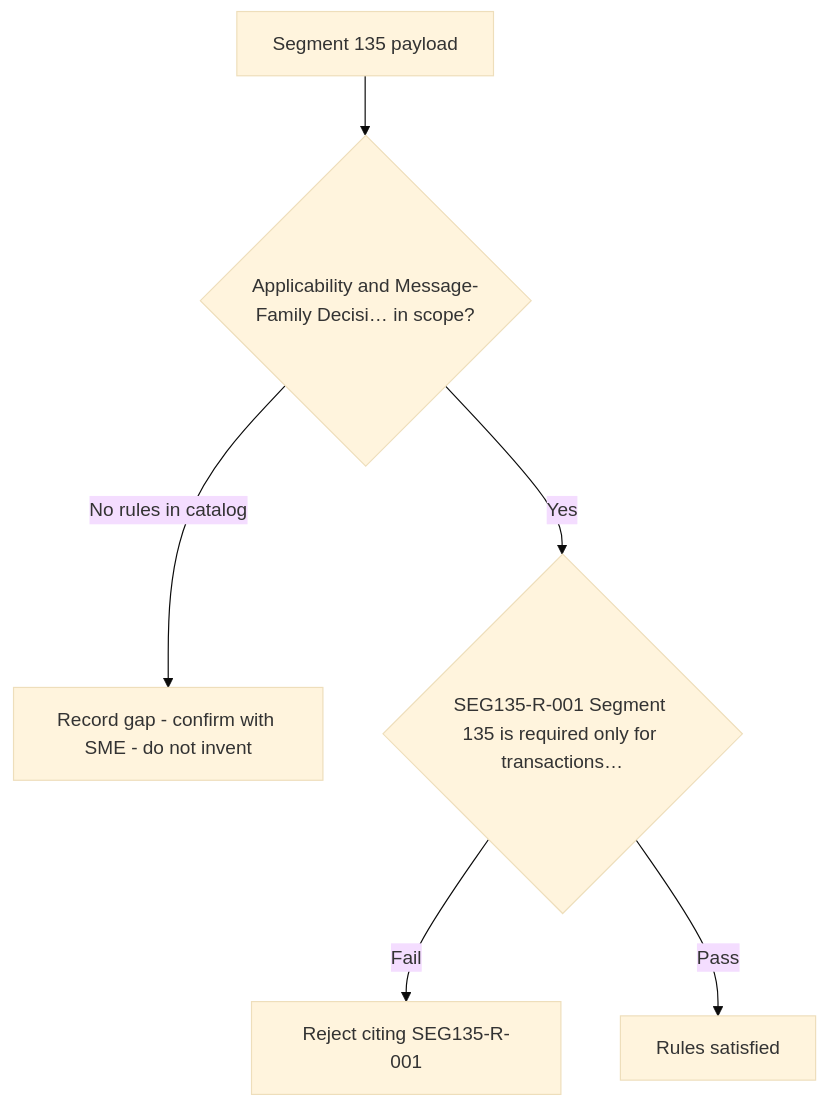
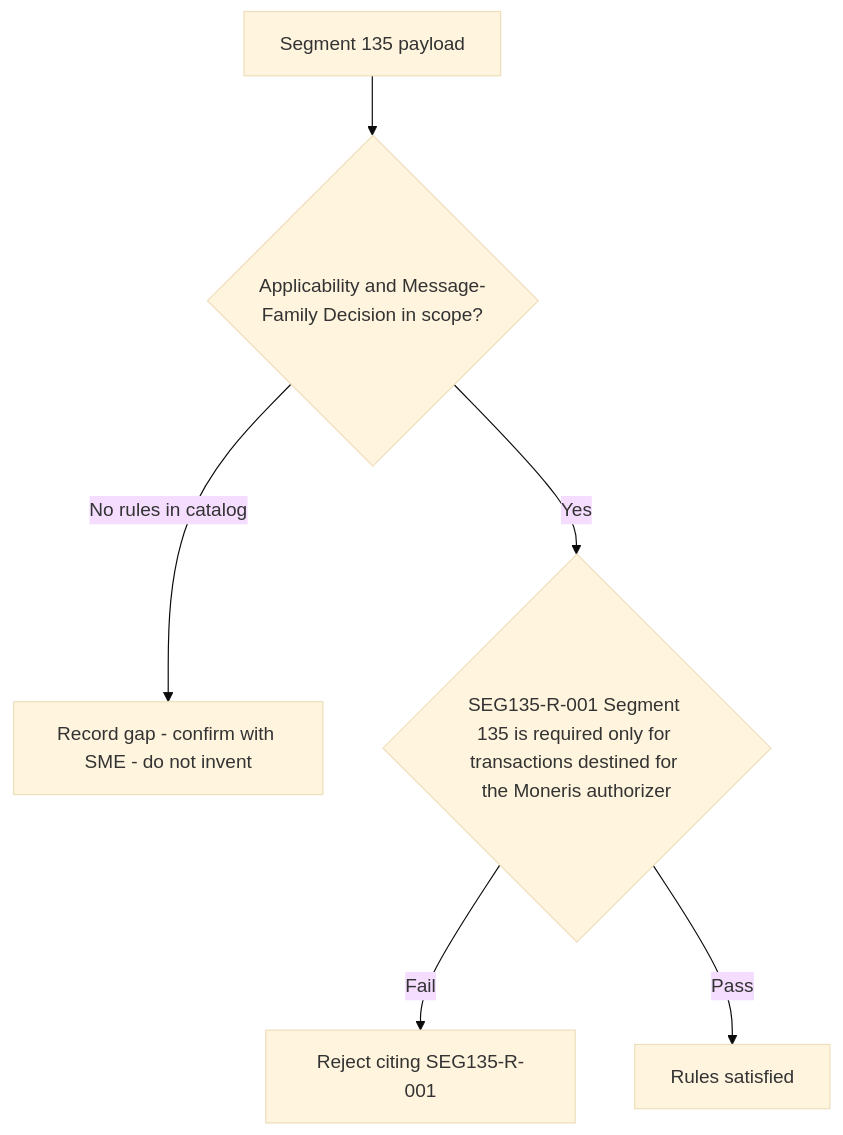
The diagram in regression-artifact-validator/specifications/ATL105/docs/specs/kb/segment-135/applicability-decision-flow.md (DhanSingh-hub/core-auth-ai-validation-framework), drawn with Mermaid (base theme) before and after one commit. The commit also changed 150 other files, not shown here.

````diff
--- a/regression-artifact-validator/specifications/ATL105/docs/specs/kb/segment-135/applicability-decision-flow.md
+++ b/regression-artifact-validator/specifications/ATL105/docs/specs/kb/segment-135/applicability-decision-flow.md
@@ -3,8 +3,8 @@
 ```mermaid
 flowchart TD
-    A[Segment 135 payload] --> B{Applicability and Message-Family Decisi… in scope?}
+    A[Segment 135 payload] --> B{Applicability and Message-Family Decision in scope?}
     B -->|No rules in catalog| G[Record gap - confirm with SME - do not invent]
-    B -->|Yes| R1{SEG135-R-001 Segment 135 is required only for transactions…}
+    B -->|Yes| R1{SEG135-R-001 Segment 135 is required only for transactions destined for the Moneris authorizer}
     R1 -->|Fail| X1[Reject citing SEG135-R-001]
     R1 -->|Pass| Z[Rules satisfied]
 ```
````
